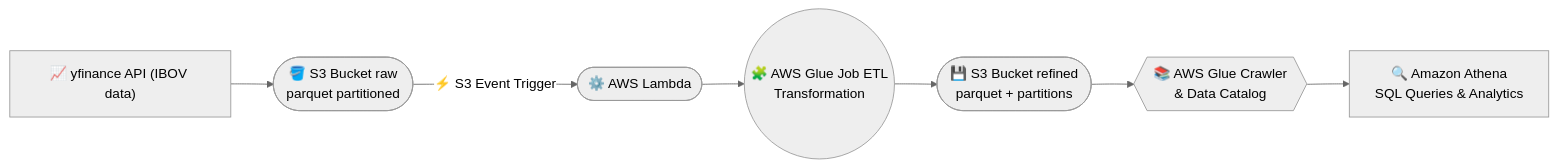
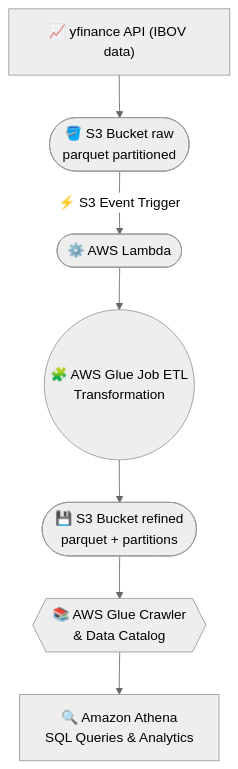
One commit to aylatilio/b3-dataflow-aws-batch changed the diagram in README.md. Above: the diagram before and after it, drawn with Mermaid (neutral theme).

````diff
--- a/README.md
+++ b/README.md
@@ -36,9 +36,9 @@
 ```mermaid
-flowchart LR
+flowchart TD
     A["📈 yfinance API (IBOV data)"] --> B(["🪣 S3 Bucket raw<br>parquet partitioned"])
     B -->|⚡ S3 Event Trigger | C(["⚙️ AWS Lambda "])
     C --> D(("🧩 AWS Glue Job ETL <br>Transformation "))
     D --> E(["💾 S3 Bucket refined<br>parquet + partitions "])
     E --> F{{"📚 AWS Glue Crawler <br>& Data Catalog "}}
     F --> G["🔍 Amazon Athena<br>SQL Queries & Analytics "]
 ```
````
